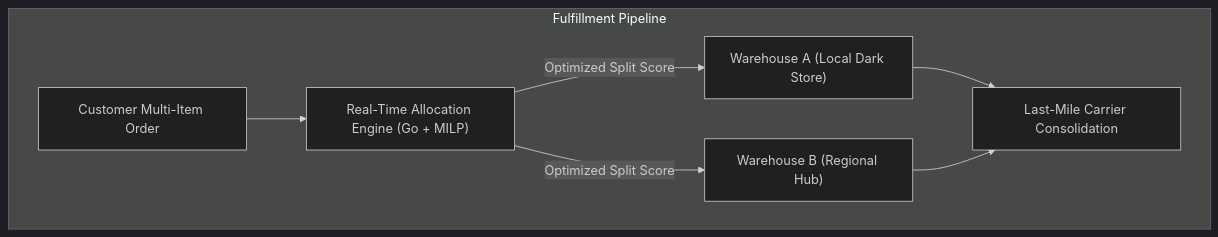
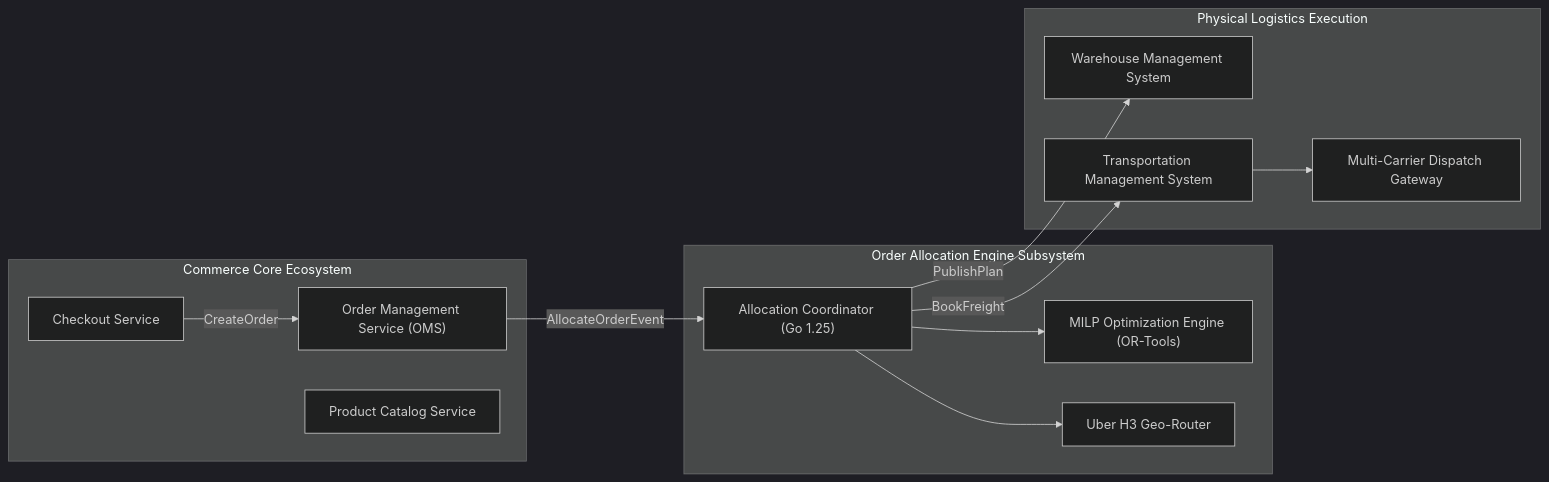
Before and after one commit to vesviet/vesviet: the fourth of 4 diagrams in content/series/ecommerce-order-allocation/_index.md, drawn with Mermaid (dark theme). The commit also changed other lines of this file and 37 other files, not shown here.

Commit message:
feat(content): upgrade ecommerce-order-allocation series to 2027 SOTA masterclass & publish deep research dossiers

````diff
--- a/content/series/ecommerce-order-allocation/_index.md
+++ b/content/series/ecommerce-order-allocation/_index.md
@@ -34,13 +312,28 @@
 ```mermaid
-flowchart TD
-    subgraph OrderFlow ["Fulfillment Pipeline"]
-        Order["Customer Multi-Item Order"]
-        Engine["Real-Time Allocation Engine (Go + MILP)"]
-        WH1["Warehouse A (Local Dark Store)"]
-        WH2["Warehouse B (Regional Hub)"]
-        Carrier["Last-Mile Carrier Consolidation"]
+flowchart LR
+    subgraph CommerceCore["Commerce Core Ecosystem"]
+        Cart["Checkout Service"]
+        OrderSvc["Order Management Service (OMS)"]
+        Catalog["Product Catalog Service"]
     end
-    Order --> Engine
-    Engine -->|Optimized Split Score| WH1 & WH2
-    WH1 & WH2 --> Carrier
+
+    subgraph AllocationSubsystem["Order Allocation Engine Subsystem"]
+        AllocEngine["Allocation Coordinator (Go 1.25)"]
+        MILP["MILP Optimization Engine (OR-Tools)"]
+        Spatial["Uber H3 Geo-Router"]
+    end
+
+    subgraph LogisticsExecution["Physical Logistics Execution"]
+        WMSHub["Warehouse Management System"]
+        TMSHub["Transportation Management System"]
+        CarrierGateway["Multi-Carrier Dispatch Gateway"]
+    end
+
+    Cart -->|CreateOrder| OrderSvc
+    OrderSvc -->|AllocateOrderEvent| AllocEngine
+    AllocEngine --> Spatial
+    AllocEngine --> MILP
+    AllocEngine -->|PublishPlan| WMSHub
+    AllocEngine -->|BookFreight| TMSHub
+    TMSHub --> CarrierGateway
 ```
````
